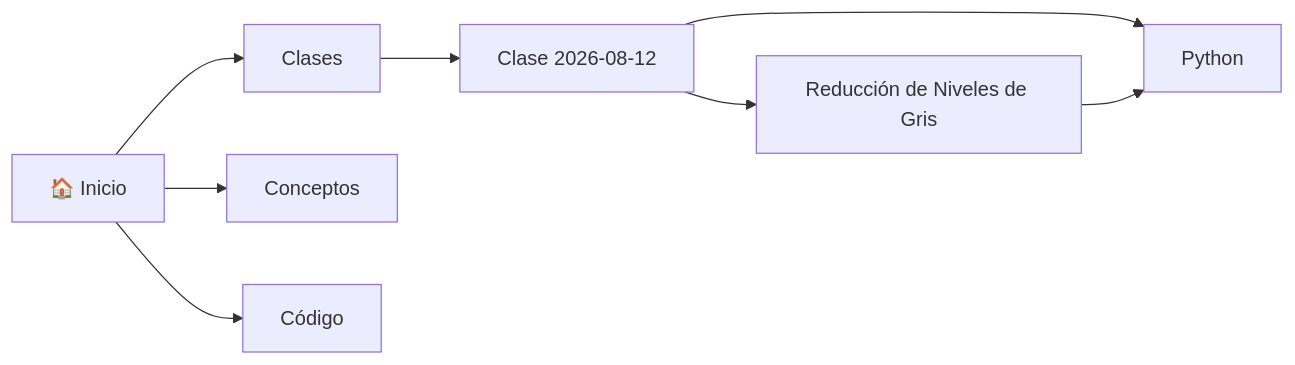
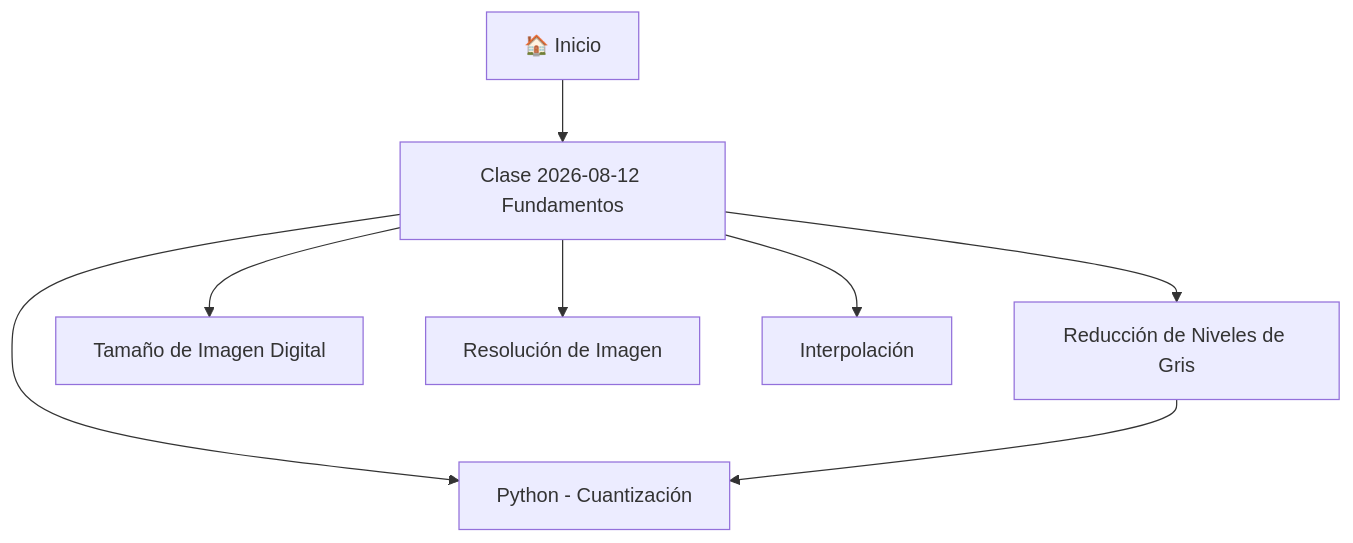
Before and after one commit to kriv-bit/Apuntes-Vision-Artificial: the diagram in Inicio.md, drawn with Mermaid. The commit also changed other lines of this file and 6 other files, not shown here.

First line of the commit message:
Agregar conceptos de resolución e interpolación

````diff
--- a/Inicio.md
+++ b/Inicio.md
@@ -32,10 +35,10 @@
 ```mermaid
-graph LR
-    Inicio[🏠 Inicio] --> Clases
-    Inicio --> Conceptos
-    Inicio --> Codigo[Código]
-    Clases --> C1[Clase 2026-08-12]
+graph TD
+    Inicio[🏠 Inicio] --> C1[Clase 2026-08-12 Fundamentos]
     C1 --> N1[Reducción de Niveles de Gris]
-    C1 --> P1[Python]
+    C1 --> N2[Tamaño de Imagen Digital]
+    C1 --> N3[Resolución de Imagen]
+    C1 --> N4[Interpolación]
+    C1 --> P1[Python - Cuantización]
     N1 --> P1
 ```
````
